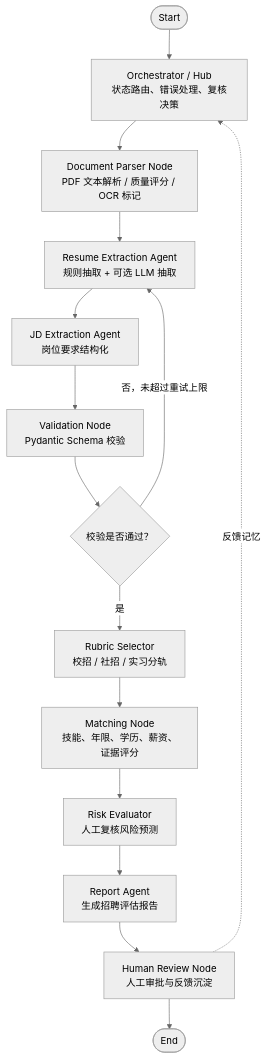
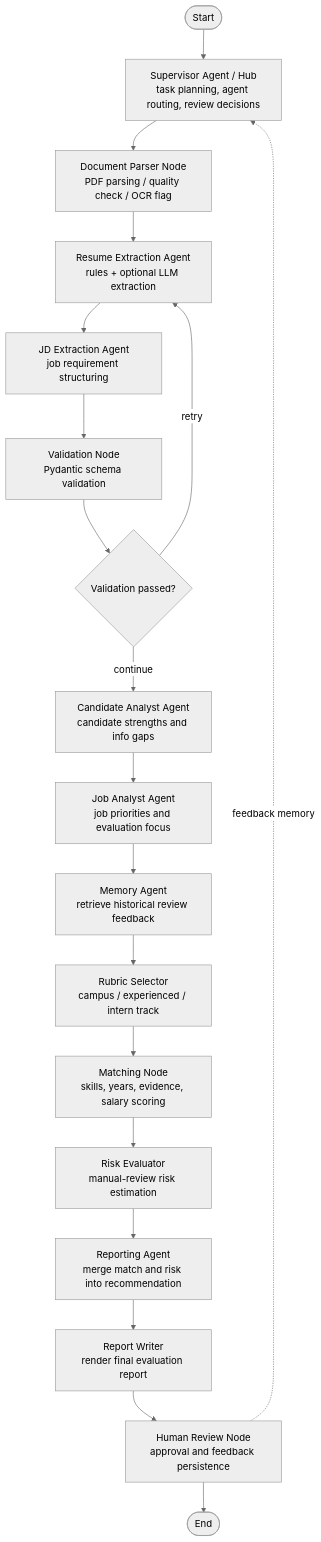
Before and after one commit to supeng0916-beep/resume-pilot: the second of 10 diagrams in docs/architecture_diagrams.md, drawn with Mermaid (neutral theme). The commit also changed other lines of this file and 17 other files, not shown here.

Commit message:
feat: upgrade workflow to supervisor-led multi-agent architecture

````diff
--- a/docs/architecture_diagrams.md
+++ b/docs/architecture_diagrams.md
@@ -33,22 +33,26 @@
 ```mermaid
 flowchart TD
     Start(["Start"])
-    Hub["Orchestrator / Hub<br/>状态路由、错误处理、复核决策"]
-    Parser["Document Parser Node<br/>PDF 文本解析 / 质量评分 / OCR 标记"]
-    Resume["Resume Extraction Agent<br/>规则抽取 + 可选 LLM 抽取"]
-    JD["JD Extraction Agent<br/>岗位要求结构化"]
-    Validator["Validation Node<br/>Pydantic Schema 校验"]
-    Retry{"校验是否通过？"}
-    Rubric["Rubric Selector<br/>校招 / 社招 / 实习分轨"]
-    Match["Matching Node<br/>技能、年限、学历、薪资、证据评分"]
-    Risk["Risk Evaluator<br/>人工复核风险预测"]
-    Report["Report Agent<br/>生成招聘评估报告"]
-    Review["Human Review Node<br/>人工审批与反馈沉淀"]
+    Hub["Supervisor Agent / Hub<br/>task planning, agent routing, review decisions"]
+    Parser["Document Parser Node<br/>PDF parsing / quality check / OCR flag"]
+    Resume["Resume Extraction Agent<br/>rules + optional LLM extraction"]
+    JD["JD Extraction Agent<br/>job requirement structuring"]
+    Validator["Validation Node<br/>Pydantic schema validation"]
+    Retry{"Validation passed?"}
+    CandidateAgent["Candidate Analyst Agent<br/>candidate strengths and info gaps"]
+    JobAgent["Job Analyst Agent<br/>job priorities and evaluation focus"]
+    MemoryAgent["Memory Agent<br/>retrieve historical review feedback"]
+    Rubric["Rubric Selector<br/>campus / experienced / intern track"]
+    Match["Matching Node<br/>skills, years, evidence, salary scoring"]
+    Risk["Risk Evaluator<br/>manual-review risk estimation"]
+    ReportingAgent["Reporting Agent<br/>merge match and risk into recommendation"]
+    Report["Report Writer<br/>render final evaluation report"]
+    Review["Human Review Node<br/>approval and feedback persistence"]
     End(["End"])
 
     Start --> Hub
     Hub --> Parser --> Resume --> JD --> Validator --> Retry
-    Retry -- 否，未超过重试上限 --> Resume
-    Retry -- 是 --> Rubric --> Match --> Risk --> Report --> Review --> End
-    Review -.反馈记忆.-> Hub
+    Retry -- retry --> Resume
+    Retry -- continue --> CandidateAgent --> JobAgent --> MemoryAgent --> Rubric --> Match --> Risk --> ReportingAgent --> Report --> Review --> End
+    Review -.feedback memory.-> Hub
 ```
````
